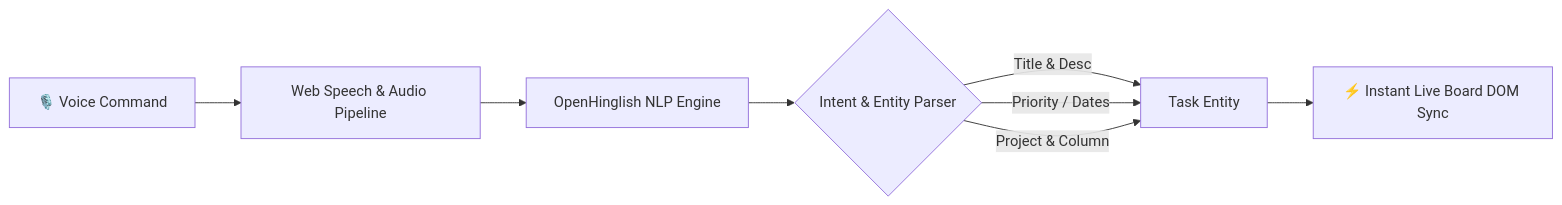
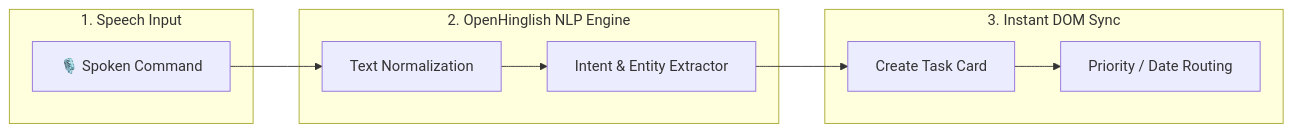
Before and after one commit to logicbyroshan/taskfarmm: the first of 3 diagrams in README.md, drawn with Mermaid. The commit also changed other lines of this file, not shown here.

Commit message:
docs: streamline README into interactive visual format with accordions, Mermaid diagrams, and voice showcase

````diff
--- a/README.md
+++ b/README.md
@@ -32,10 +37,14 @@
 ```mermaid
-graph LR
-    A[🎙️ Voice Command] --> B[Web Speech & Audio Pipeline]
-    B --> C[OpenHinglish NLP Engine]
-    C --> D{Intent & Entity Parser}
-    D -->|Title & Desc| E[Task Entity]
-    D -->|Priority / Dates| E
-    D -->|Project & Column| E
-    E --> F[⚡ Instant Live Board DOM Sync]
+flowchart LR
+    subgraph Speech["1. Speech Input"]
+        V[🎙️ Spoken Command]
+    end
+    subgraph NLP["2. OpenHinglish NLP Engine"]
+        T[Text Normalization] --> E[Intent & Entity Extractor]
+    end
+    subgraph Board["3. Instant DOM Sync"]
+        C[Create Task Card] --> P[Priority / Date Routing]
+    end
+    V --> T
+    E --> C
 ```
````
